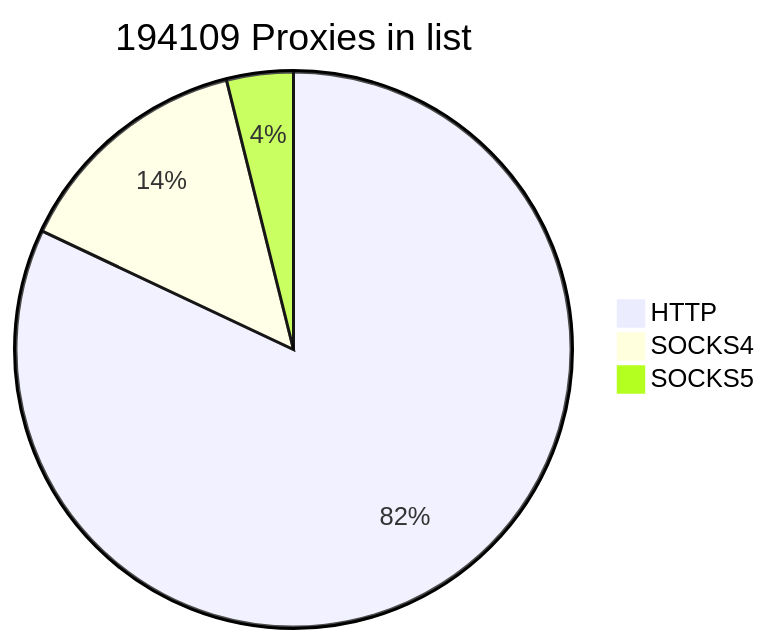
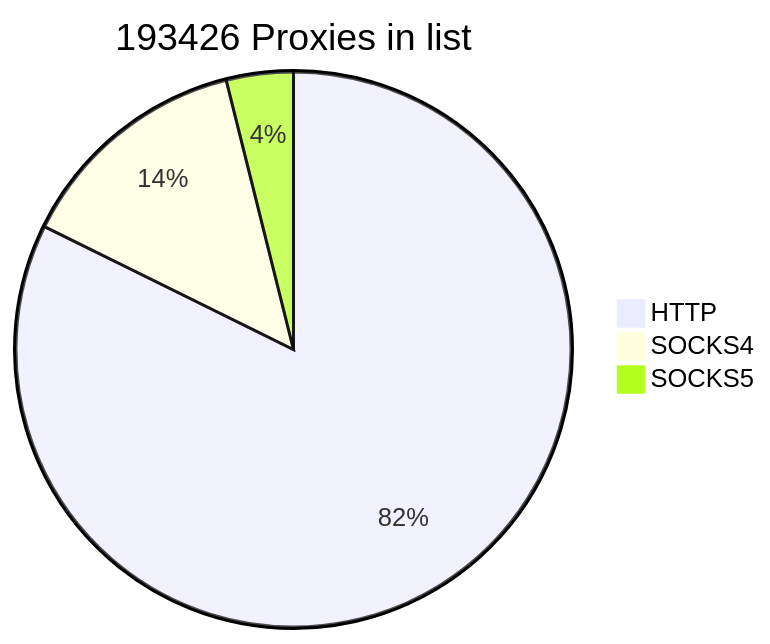
Before and after one commit to cutipu/proxylist: the first of 2 diagrams in README.md, drawn with Mermaid. The commit also changed other lines of this file, not shown here.

````diff
--- a/README.md
+++ b/README.md
@@ -2,7 +2,7 @@
 ```mermaid
-pie title 194109 Proxies in list
-    "HTTP" : 159184
-    "SOCKS4" : 27392
+pie title 193426 Proxies in list
+    "HTTP" : 159181
+    "SOCKS4" : 26712
     "SOCKS5" : 7533
             
 ```
````
